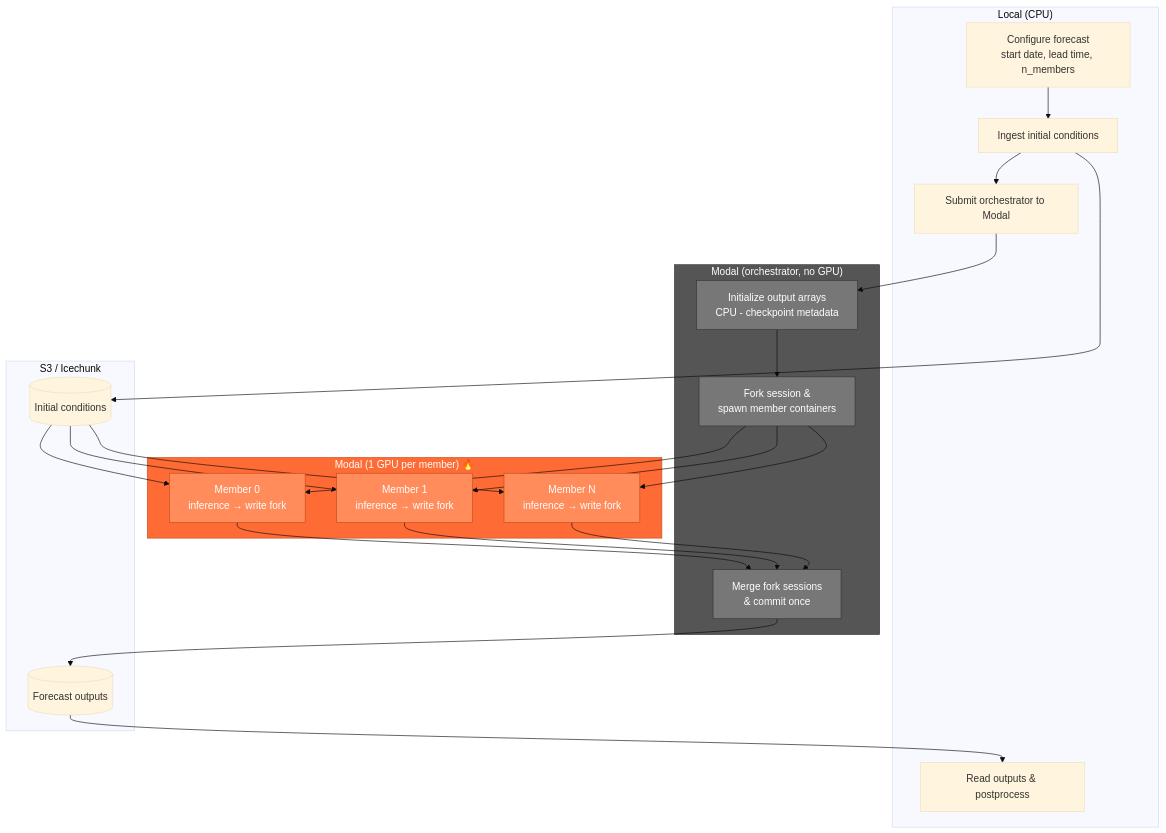
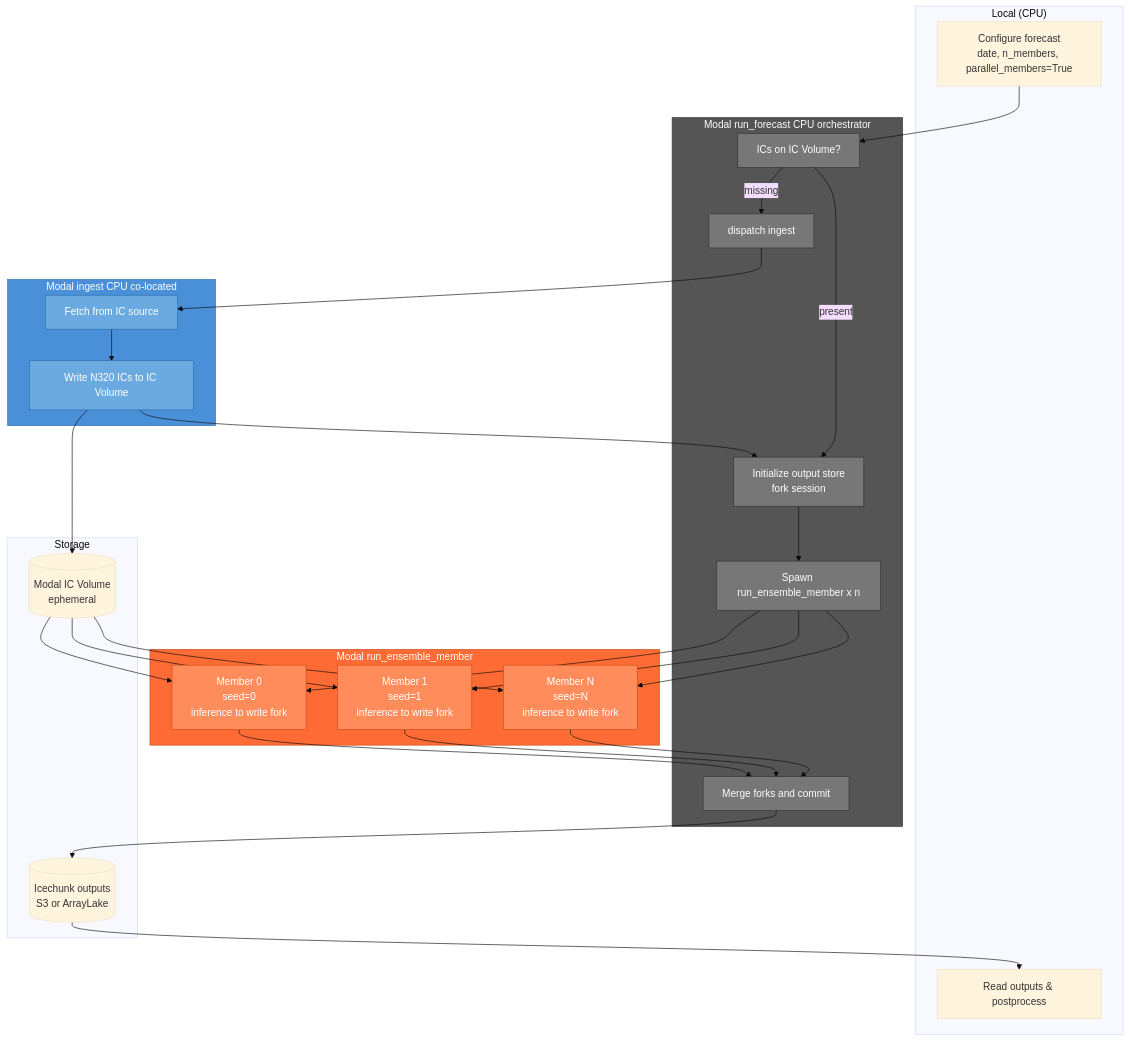
One commit to martibosch/aifs-modal changed the third of 3 diagrams in docs/how-it-works.md. Above: the diagram before and after it, drawn with Mermaid (base theme). The commit also changed other lines of this file and 12 other files, not shown here.

````diff
--- a/docs/how-it-works.md
+++ b/docs/how-it-works.md
@@ -106,44 +138,61 @@
 ```{mermaid}
 flowchart TB
     subgraph local ["Local (CPU)"]
-        A[Configure forecast<br/>start date, lead time, n_members]
-        B[Ingest initial conditions]
-        C[Submit orchestrator to Modal]
+        A[Configure forecast<br/>date, n_members, parallel_members=True]
         J[Read outputs & postprocess]
     end
 
-    subgraph modal_orch ["Modal (orchestrator, no GPU)"]
-        D[Initialize output arrays<br/>CPU - checkpoint metadata]
-        E[Fork session &<br/>spawn member containers]
-        H[Merge fork sessions<br/>& commit once]
+    subgraph modal_orch ["Modal run_forecast CPU orchestrator"]
+        B[ICs on IC Volume?]
+        C[dispatch ingest]
+        F[Initialize output store<br/>fork session]
+        P[Spawn run_ensemble_member x n]
+        Q[Merge forks and commit]
     end
 
-    subgraph modal_gpus ["Modal (1 GPU per member) 🔥"]
-        F0[Member 0<br/>inference → write fork]
-        F1[Member 1<br/>inference → write fork]
-        FN[Member N<br/>inference → write fork]
+    subgraph modal_ingest ["Modal ingest CPU co-located"]
+        G[Fetch from IC source]
+        H[Write N320 ICs to IC Volume]
     end
 
-    subgraph storage ["S3 / Icechunk"]
-        IC[(Initial conditions)]
-        OUT[(Forecast outputs)]
+    subgraph modal_gpus ["Modal run_ensemble_member"]
+        M0["Member 0<br/>seed=0<br/>inference to write fork"]
+        M1["Member 1<br/>seed=1<br/>inference to write fork"]
+        MN["Member N<br/>seed=N<br/>inference to write fork"]
     end
 
-    A --> B --> C
-    B --> IC
-    C --> D --> E
-    E --> F0 & F1 & FN
-    IC --> F0 & F1 & FN
-    F0 & F1 & FN --> H
-    H --> OUT
-    OUT --> J
+    subgraph storage ["Storage"]
+        VOL[(Modal IC Volume<br/>ephemeral)]
+        OUT[(Icechunk outputs<br/>S3 or ArrayLake)]
+    end
+
+    A --> B
+    B -- "missing" --> C --> G --> H --> VOL
+    H --> F
+    B -- "present" --> F
+    F --> P
+    VOL --> M0
+    VOL --> M1
+    VOL --> MN
+    P --> M0
+    P --> M1
+    P --> MN
+    M0 --> Q
+    M1 --> Q
+    MN --> Q
+    Q --> OUT --> J
 
     style modal_orch fill:#555,stroke:#333,color:#fff
-    style D fill:#777,stroke:#333,color:#fff
-    style E fill:#777,stroke:#333,color:#fff
-    style H fill:#777,stroke:#333,color:#fff
+    style B fill:#777,stroke:#333,color:#fff
+    style C fill:#777,stroke:#333,color:#fff
+    style F fill:#777,stroke:#333,color:#fff
+    style P fill:#777,stroke:#333,color:#fff
+    style Q fill:#777,stroke:#333,color:#fff
+    style modal_ingest fill:#4a90d9,stroke:#2c6fad,color:#fff
+    style G fill:#6aaae0,stroke:#2c6fad,color:#fff
+    style H fill:#6aaae0,stroke:#2c6fad,color:#fff
     style modal_gpus fill:#ff6b35,stroke:#c44d1a,color:#fff
-    style F0 fill:#ff8c5a,stroke:#c44d1a,color:#fff
-    style F1 fill:#ff8c5a,stroke:#c44d1a,color:#fff
-    style FN fill:#ff8c5a,stroke:#c44d1a,color:#fff
+    style M0 fill:#ff8c5a,stroke:#c44d1a,color:#fff
+    style M1 fill:#ff8c5a,stroke:#c44d1a,color:#fff
+    style MN fill:#ff8c5a,stroke:#c44d1a,color:#fff
 ```
````
